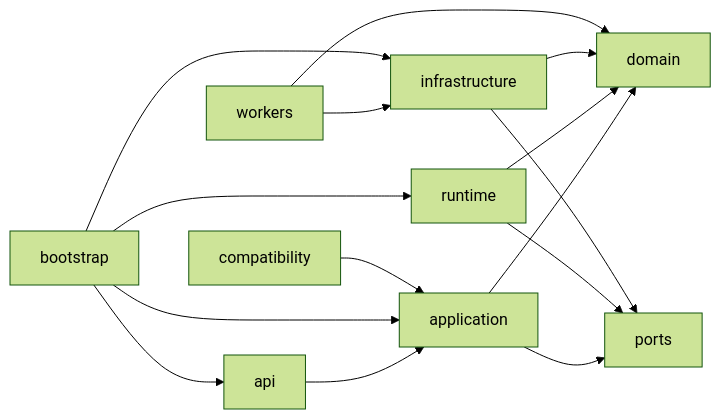
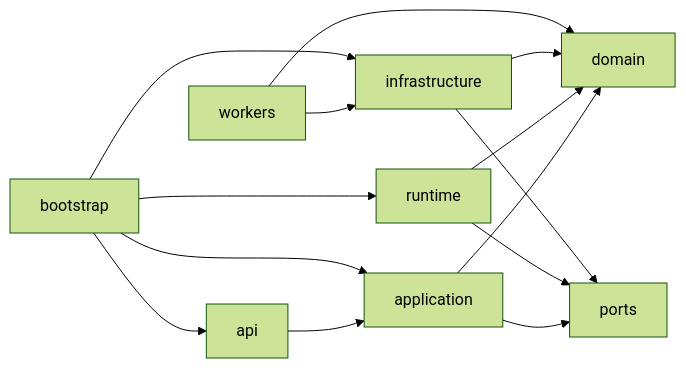
Before and after one commit to CloudsOcean/substar-portable: the diagram in docs/architecture/target/target-module-map.md, drawn with Mermaid (forest theme). The commit also changed other lines of this file and 140 other files, not shown here.

````diff
--- a/docs/architecture/target/target-module-map.md
+++ b/docs/architecture/target/target-module-map.md
@@ -155,17 +148,16 @@
 ```mermaid
 flowchart LR
     API["api"] --> APP["application"]
     APP --> DOMAIN["domain"]
     APP --> PORTS["ports"]
     RUNTIME["runtime"] --> DOMAIN
     RUNTIME --> PORTS
     INFRA["infrastructure"] --> PORTS
     INFRA --> DOMAIN
     WORKERS["workers"] --> DOMAIN
     WORKERS --> INFRA
     BOOT["bootstrap"] --> API
     BOOT --> APP
     BOOT --> RUNTIME
     BOOT --> INFRA
-    COMPAT["compatibility"] --> APP
 ```
````
